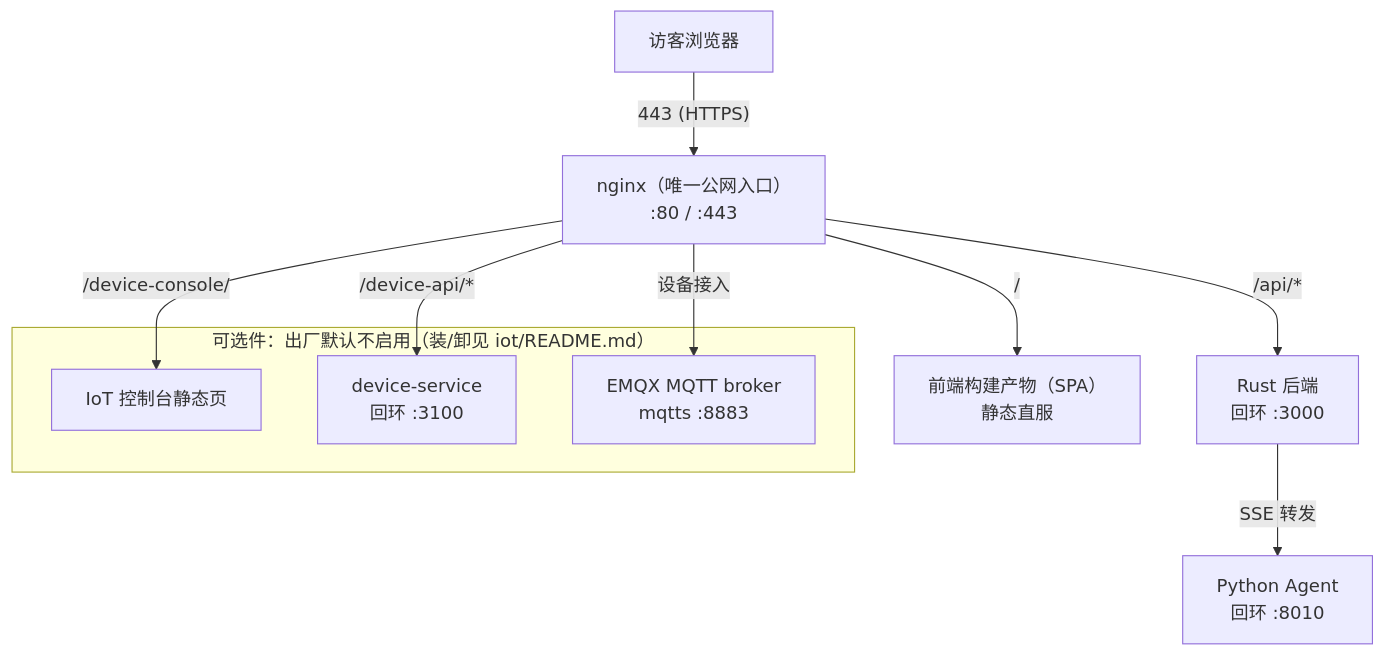
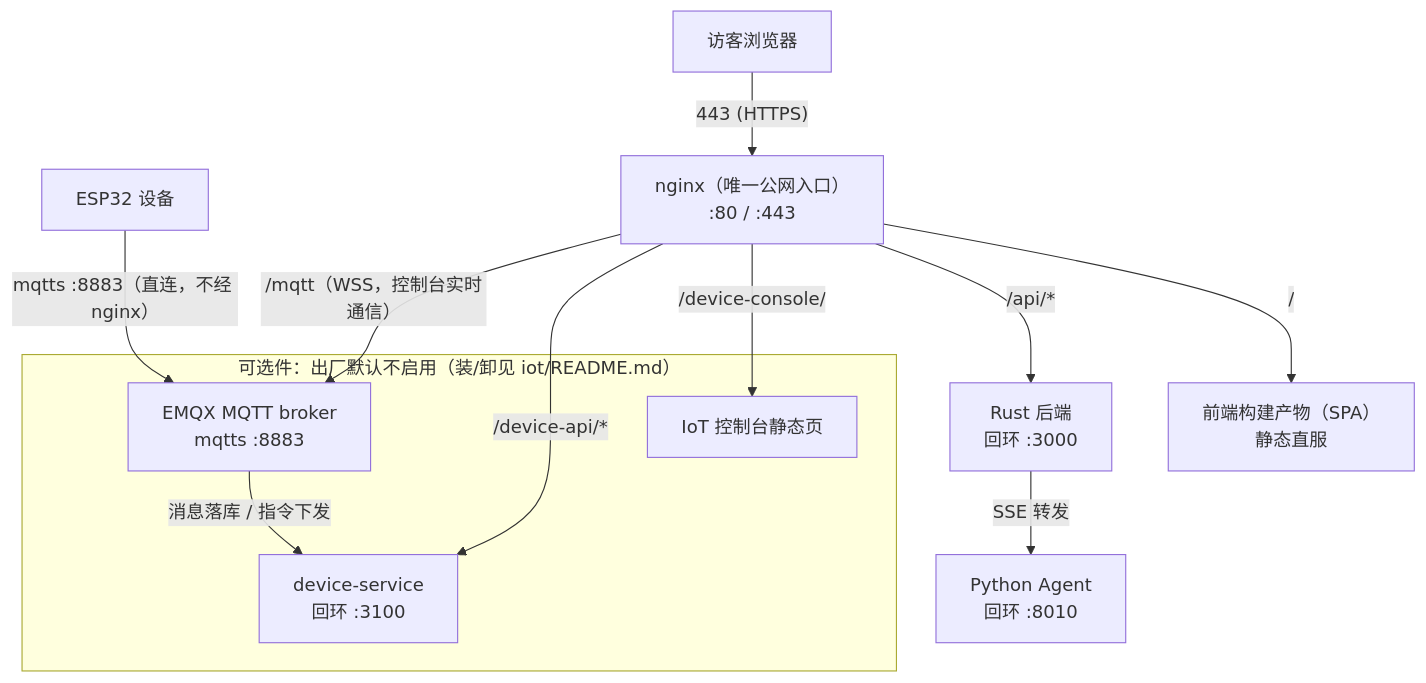
Before and after one commit to BigLeopardCat/Saudade-Blog: the diagram in docs/deployment-and-ops.md, drawn with Mermaid. The commit also changed other lines of this file and 5 other files, not shown here.

````diff
--- a/docs/deployment-and-ops.md
+++ b/docs/deployment-and-ops.md
@@ -13,24 +13,27 @@
 ```mermaid
 flowchart TB
     B["访客浏览器"]
+    DEVICE["ESP32 设备"]
 
     NGX["nginx（唯一公网入口）<br/>:80 / :443"]
 
     SPA["前端构建产物（SPA）<br/>静态直服"]
     RUST["Rust 后端<br/>回环 :3000"]
     AGT["Python Agent<br/>回环 :8010"]
 
     subgraph Optional["可选件：出厂默认不启用（装/卸见 iot/README.md）"]
         CONSOLE["IoT 控制台静态页"]
         DEV["device-service<br/>回环 :3100"]
         EMQX["EMQX MQTT broker<br/>mqtts :8883"]
     end
 
     B -->|"443 (HTTPS)"| NGX
     NGX -->|"/"| SPA
     NGX -->|"/api/*"| RUST
     NGX -->|"/device-console/"| CONSOLE
     NGX -->|"/device-api/*"| DEV
-    NGX -->|"设备接入"| EMQX
+    NGX -->|"/mqtt（WSS，控制台实时通信）"| EMQX
+    DEVICE -->|"mqtts :8883（直连，不经 nginx）"| EMQX
     RUST -->|"SSE 转发"| AGT
+    EMQX -->|"消息落库 / 指令下发"| DEV
 ```
````
